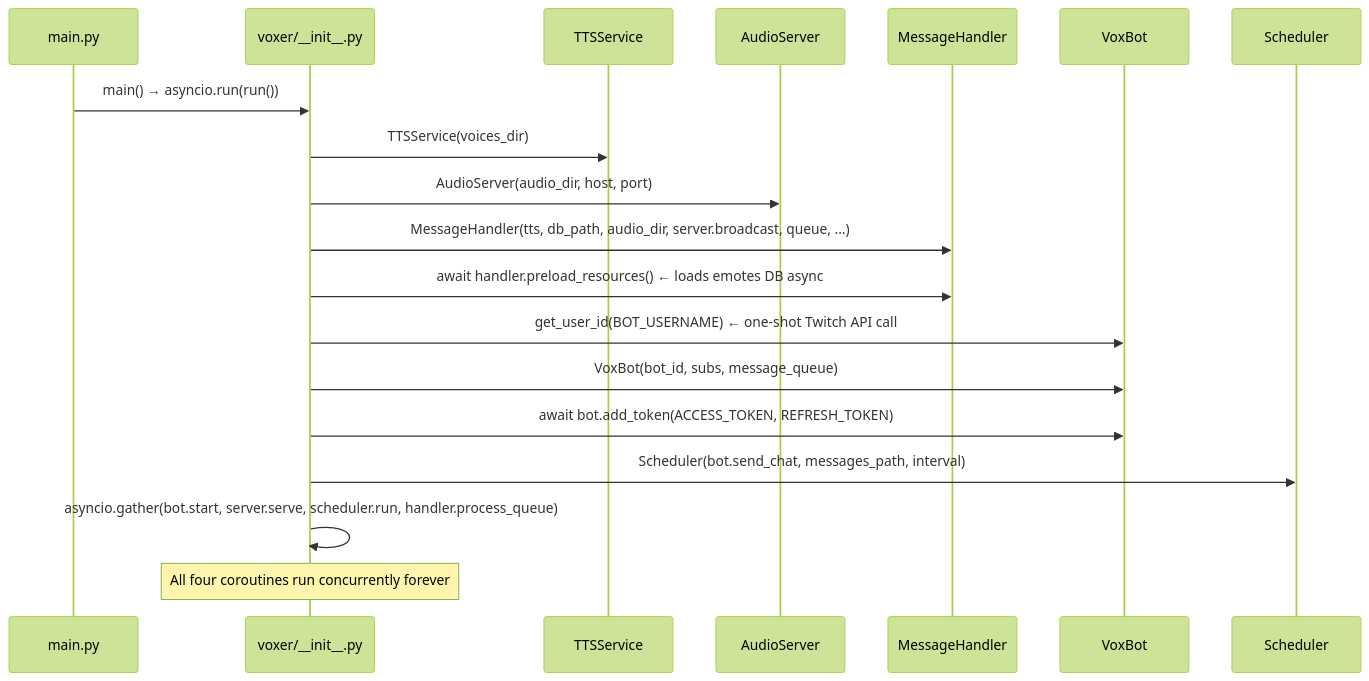
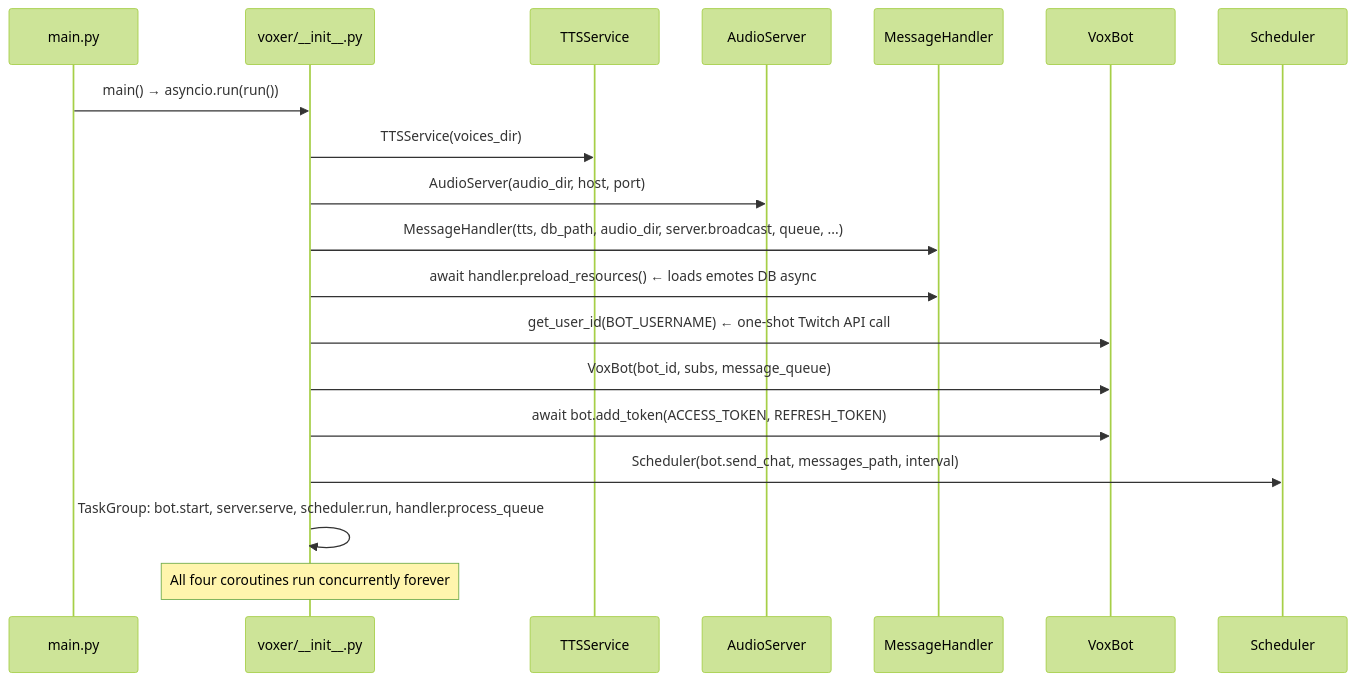
The second of 8 diagrams in ARCHITECTURE.md (w0rxbend/twitch-voxer), drawn with Mermaid (forest theme) before and after one commit. The commit also changed other lines of this file and 1 other file, not shown here.

First line of the commit message:
docs: sync README and architecture notes with refactored code

````diff
--- a/ARCHITECTURE.md
+++ b/ARCHITECTURE.md
@@ -74,22 +74,22 @@
 ```mermaid
 sequenceDiagram
     participant main as main.py
     participant init as voxer/__init__.py
     participant tts as TTSService
     participant srv as AudioServer
     participant hdl as MessageHandler
     participant bot as VoxBot
     participant sch as Scheduler
 
     main->>init: main() → asyncio.run(run())
     init->>tts: TTSService(voices_dir)
     init->>srv: AudioServer(audio_dir, host, port)
     init->>hdl: MessageHandler(tts, db_path, audio_dir, server.broadcast, queue, ...)
     init->>hdl: await handler.preload_resources()   ← loads emotes DB async
     init->>bot: get_user_id(BOT_USERNAME)  ← one-shot Twitch API call
     init->>bot: VoxBot(bot_id, subs, message_queue)
     init->>bot: await bot.add_token(ACCESS_TOKEN, REFRESH_TOKEN)
     init->>sch: Scheduler(bot.send_chat, messages_path, interval)
-    init->>init: asyncio.gather(bot.start, server.serve, scheduler.run, handler.process_queue)
+    init->>init: TaskGroup: bot.start, server.serve, scheduler.run, handler.process_queue
     Note over init: All four coroutines run concurrently forever
 ```
````
